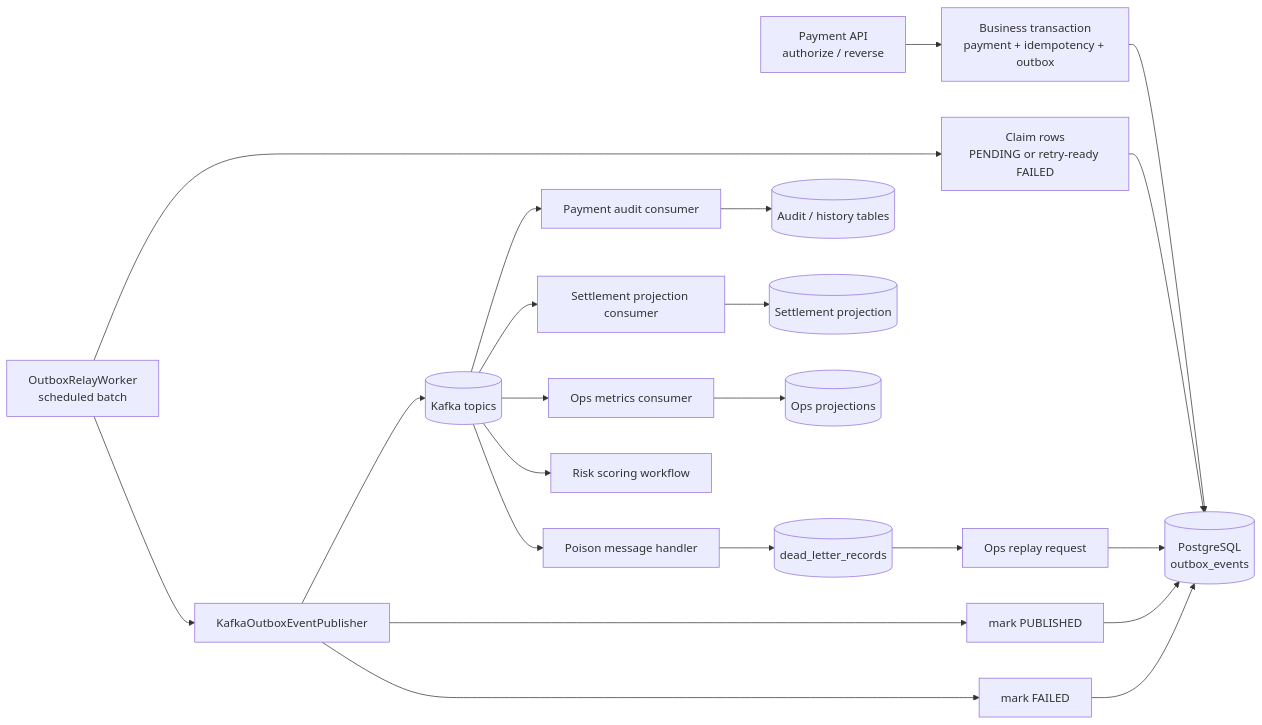
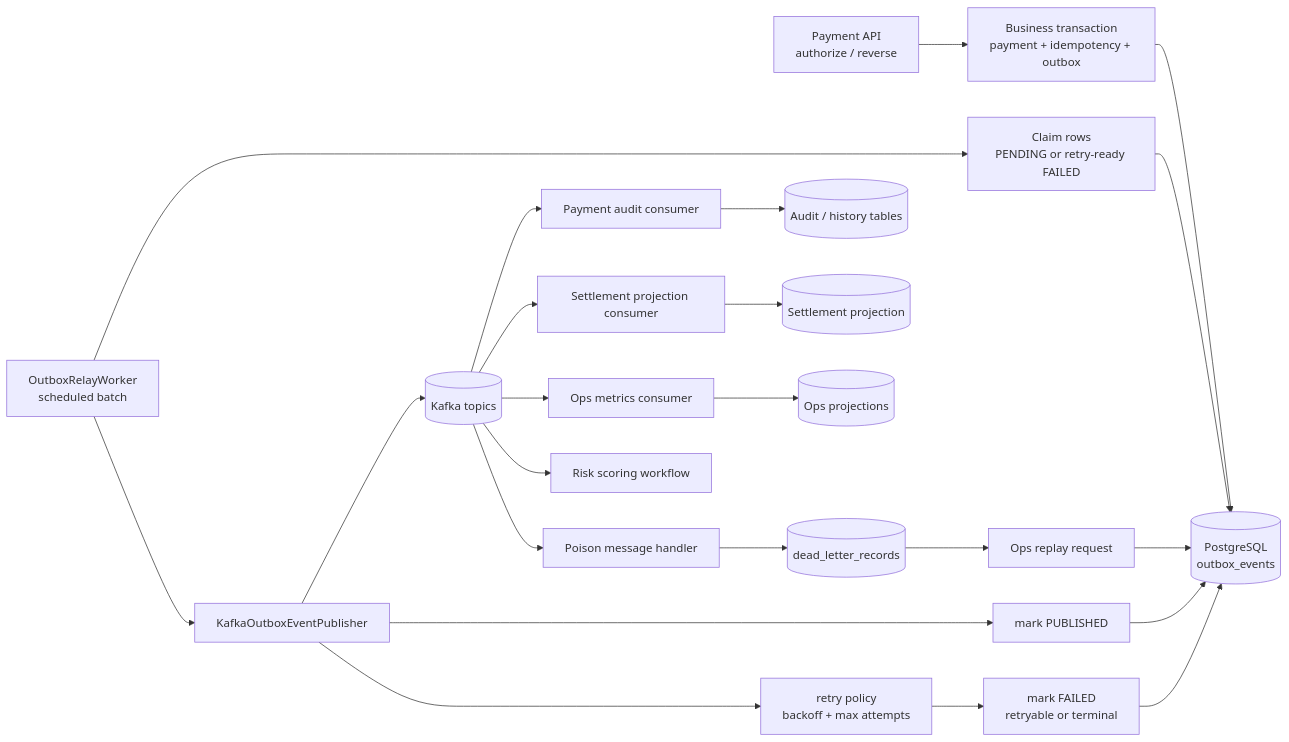
Before and after one commit to k4vrin/PaymentRiskPlatform: the first of 3 diagrams in docs/phase-6-messaging-and-event-apis.md, drawn with Mermaid. The commit also changed other lines of this file and 22 other files, not shown here.

First line of the commit message:
Feat: Implement outbox producer retry policy and failure marking

````diff
--- a/docs/phase-6-messaging-and-event-apis.md
+++ b/docs/phase-6-messaging-and-event-apis.md
@@ -36,28 +37,29 @@
 ```mermaid
 flowchart LR
     API["Payment API<br/>authorize / reverse"] --> DBTX["Business transaction<br/>payment + idempotency + outbox"]
     DBTX --> OUTBOX[("PostgreSQL<br/>outbox_events")]
 
     RELAY["OutboxRelayWorker<br/>scheduled batch"] --> CLAIM["Claim rows<br/>PENDING or retry-ready FAILED"]
     CLAIM --> OUTBOX
     RELAY --> PUBLISH["KafkaOutboxEventPublisher"]
     PUBLISH --> KAFKA[("Kafka topics")]
     PUBLISH --> SUCCESS["mark PUBLISHED"]
-    PUBLISH --> FAILURE["mark FAILED"]
+    PUBLISH --> RETRY["retry policy<br/>backoff + max attempts"]
+    RETRY --> FAILURE["mark FAILED<br/>retryable or terminal"]
     SUCCESS --> OUTBOX
     FAILURE --> OUTBOX
 
     KAFKA --> AUDIT["Payment audit consumer"]
     KAFKA --> SETTLEMENT["Settlement projection consumer"]
     KAFKA --> OPS["Ops metrics consumer"]
     KAFKA --> RISK["Risk scoring workflow"]
 
     AUDIT --> AUDITDB[("Audit / history tables")]
     SETTLEMENT --> SETTLEDB[("Settlement projection")]
     OPS --> OPSDB[("Ops projections")]
 
     KAFKA --> POISON["Poison message handler"]
     POISON --> DLQ[("dead_letter_records")]
     DLQ --> REPLAY["Ops replay request"]
     REPLAY --> OUTBOX
 ```
````
